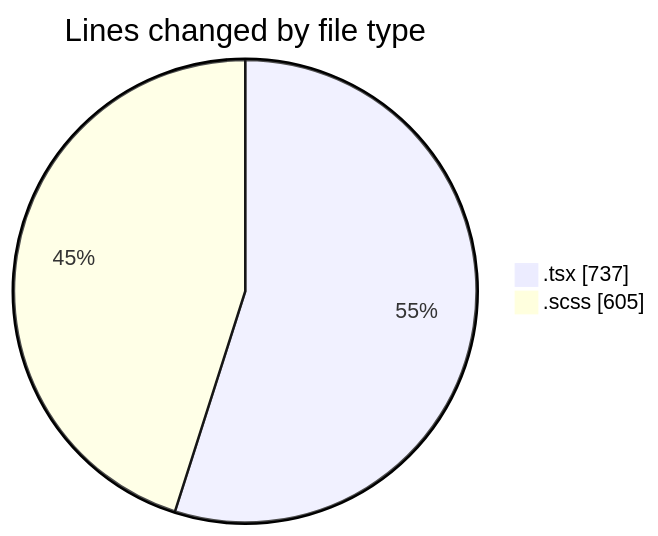
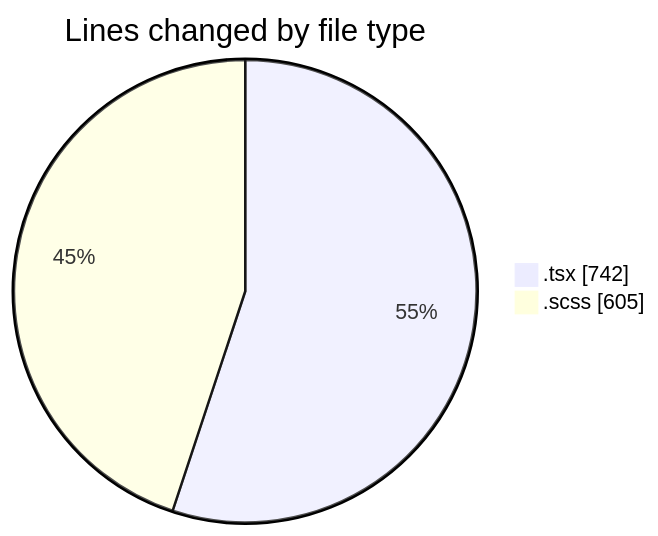
One commit to momahboobian/code-tracking changed the first of 2 diagrams in 2025-03-27/cda/README.md. Above: the diagram before and after it, drawn with Mermaid. The commit also changed other lines of this file and 1 other file, not shown here.

````diff
--- a/2025-03-27/cda/README.md
+++ b/2025-03-27/cda/README.md
@@ -22,6 +22,6 @@
 ```mermaid
 pie showData
 title Lines changed by file type
-".tsx" : 737
+".tsx" : 742
 ".scss" : 605
 ```
````
